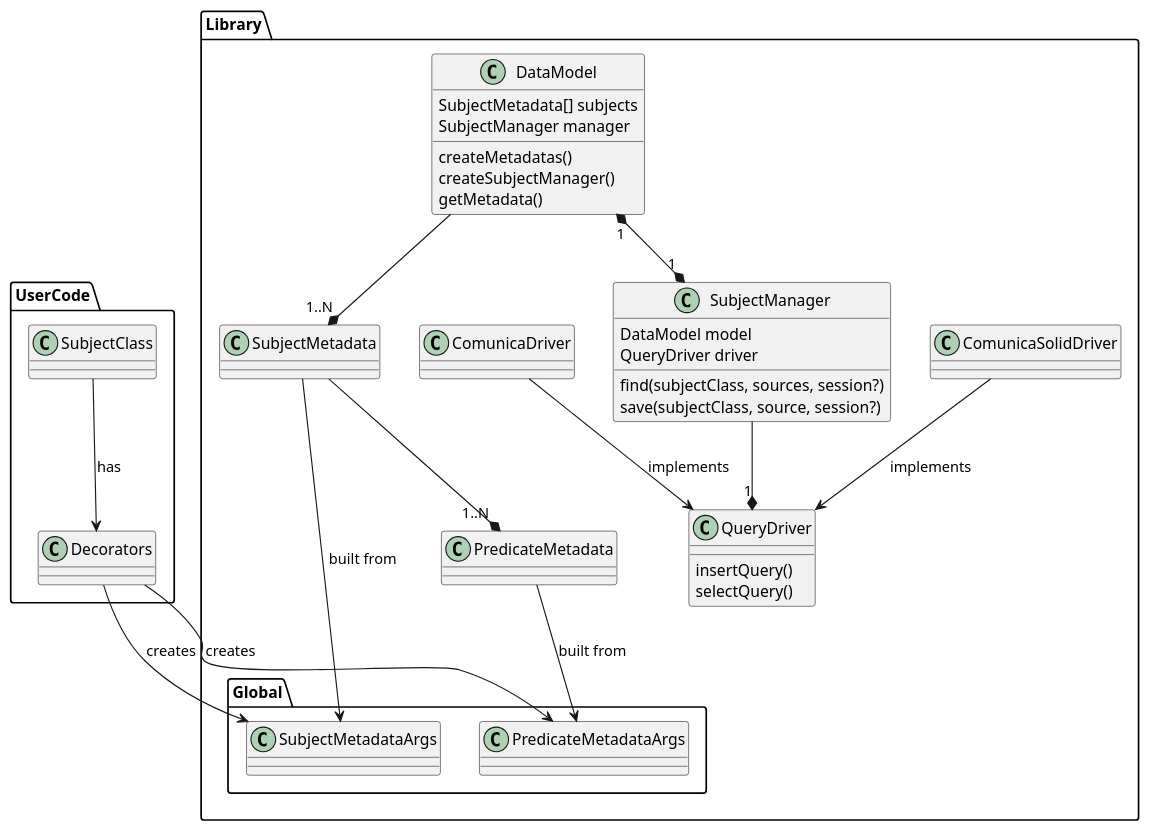
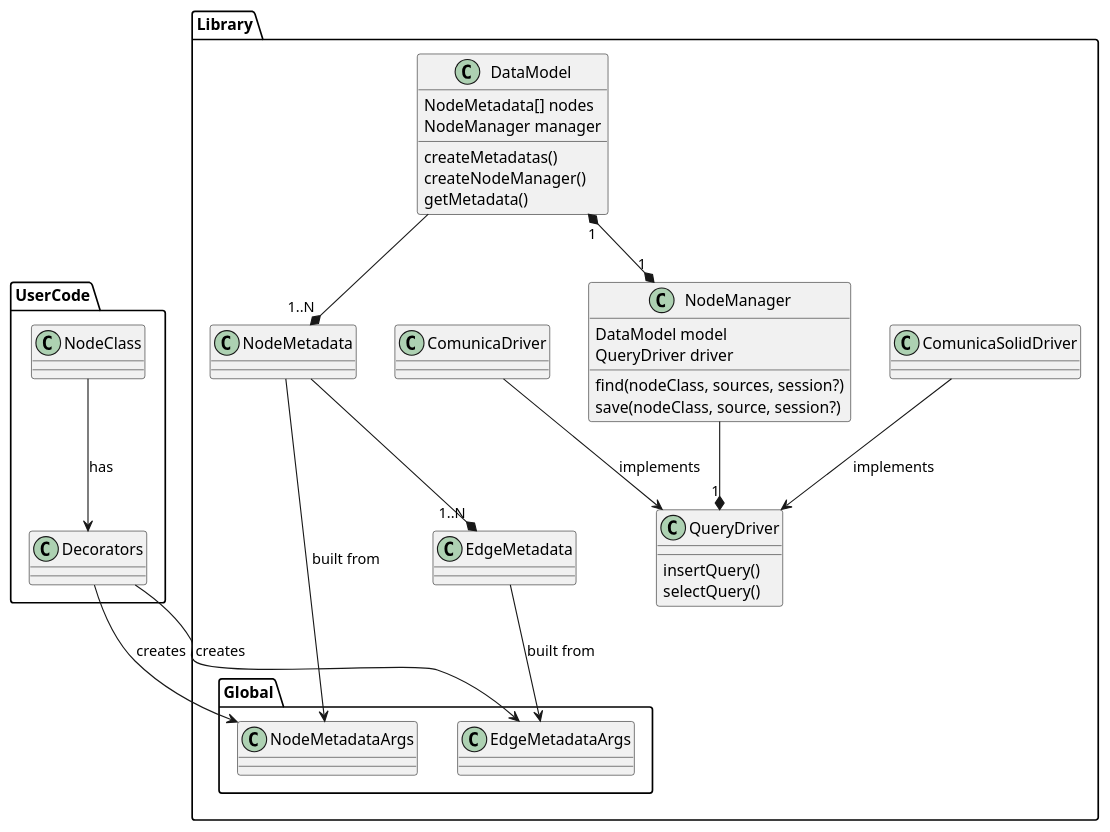
One commit to remodietlicher/graphorm changed the diagram in doc/uml.puml. Above: the diagram before and after it, drawn with PlantUML. The commit also changed 30 other files, not shown here.

Commit message:
change subject -> node, predicate -> edge, sparql-orm -> graphorm

```diff
--- a/doc/uml.puml
+++ b/doc/uml.puml
@@ -1,54 +1,54 @@
-@startuml sparql-orm
+@startuml graphorm
 
 namespace Library {
 
     class QueryDriver {
         insertQuery()
         selectQuery()
     }
     class ComunicaDriver
     class ComunicaSolidDriver
 
     class DataModel {
-        SubjectMetadata[] subjects
-        SubjectManager manager
+        NodeMetadata[] nodes
+        NodeManager manager
         createMetadatas()
-        createSubjectManager()
+        createNodeManager()
         getMetadata()
     }
-    class SubjectManager {
+    class NodeManager {
         DataModel model
         QueryDriver driver
-        find(subjectClass, sources, session?)
-        save(subjectClass, source, session?)
+        find(nodeClass, sources, session?)
+        save(nodeClass, source, session?)
     }
-    class SubjectMetadata
-    class PredicateMetadata
+    class NodeMetadata
+    class EdgeMetadata
 
     namespace Global {
-        class SubjectMetadataArgs
-        class PredicateMetadataArgs
+        class NodeMetadataArgs
+        class EdgeMetadataArgs
     }
 }
 
 namespace UserCode {
     class Decorators
-    class SubjectClass
+    class NodeClass
 }
 
 Library.ComunicaSolidDriver --> Library.QueryDriver: implements
 Library.ComunicaDriver --> Library.QueryDriver: implements
 
-Library.DataModel --* "1..N" Library.SubjectMetadata
-Library.DataModel "1" *--* "1" Library.SubjectManager
-Library.SubjectManager --* "1" Library.QueryDriver
+Library.DataModel --* "1..N" Library.NodeMetadata
+Library.DataModel "1" *--* "1" Library.NodeManager
+Library.NodeManager --* "1" Library.QueryDriver
 
-Library.SubjectMetadata --> Library.Global.SubjectMetadataArgs: built from
-Library.SubjectMetadata --* "1..N" Library.PredicateMetadata
+Library.NodeMetadata --> Library.Global.NodeMetadataArgs: built from
+Library.NodeMetadata --* "1..N" Library.EdgeMetadata
 
-Library.PredicateMetadata --> Library.Global.PredicateMetadataArgs: built from
+Library.EdgeMetadata --> Library.Global.EdgeMetadataArgs: built from
 
-UserCode.SubjectClass --> UserCode.Decorators: has
-UserCode.Decorators --> Library.Global.SubjectMetadataArgs: creates
-UserCode.Decorators --> Library.Global.PredicateMetadataArgs: creates
+UserCode.NodeClass --> UserCode.Decorators: has
+UserCode.Decorators --> Library.Global.NodeMetadataArgs: creates
+UserCode.Decorators --> Library.Global.EdgeMetadataArgs: creates
 @enduml
```
